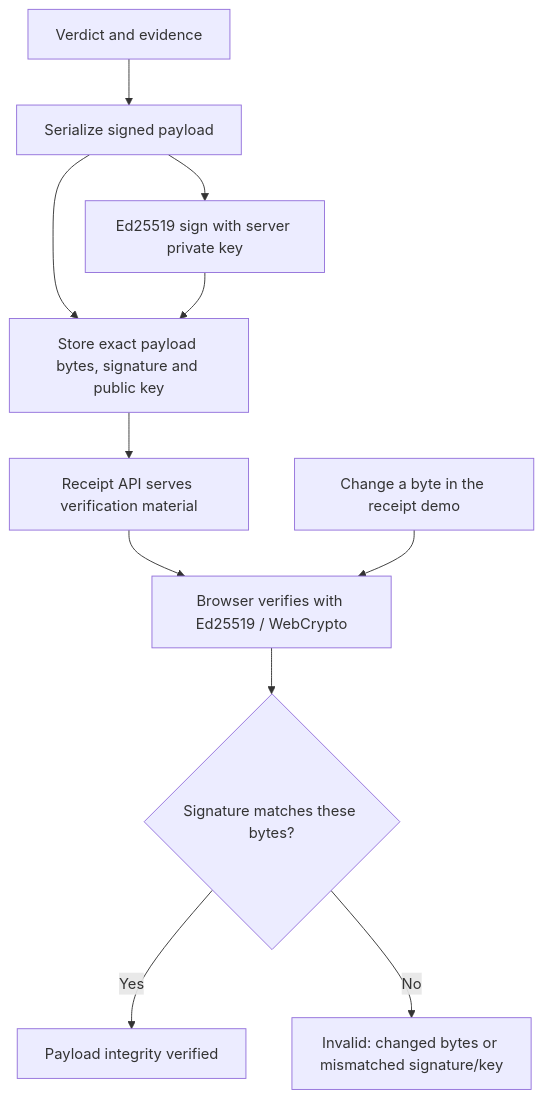
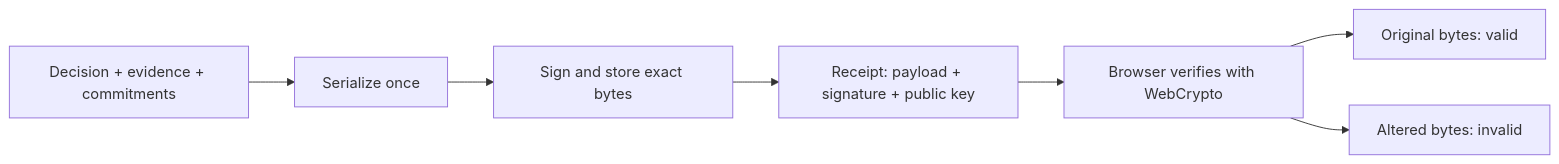
The third of 5 diagrams in README.md (AhmadShadeed32/isnad), drawn with Mermaid before and after one commit. The commit also changed other lines of this file and 6 other files, not shown here.

Commit message:
Polish judge README with product screenshot and verified diagrams

````diff
--- a/README.md
+++ b/README.md
@@ -113,13 +177,9 @@
 ```mermaid
-flowchart TD
-    V["Verdict and evidence"] --> P["Serialize signed payload"]
-    P --> S["Ed25519 sign with server private key"]
-    P --> D["Store exact payload bytes, signature and public key"]
-    S --> D
-    D --> R["Receipt API serves verification material"]
-    R --> B["Browser verifies with Ed25519 / WebCrypto"]
-    B --> C{"Signature matches these bytes?"}
-    C -->|Yes| Y["Payload integrity verified"]
-    C -->|No| N["Invalid: changed bytes or mismatched signature/key"]
-    T["Change a byte in the receipt demo"] --> B
+flowchart LR
+    V["Decision + evidence + commitments"] --> J["Serialize once"]
+    J --> S["Sign and store exact bytes"]
+    S --> R["Receipt: payload + signature + public key"]
+    R --> B["Browser verifies with WebCrypto"]
+    B --> OK["Original bytes: valid"]
+    B --> BAD["Altered bytes: invalid"]
 ```
````
